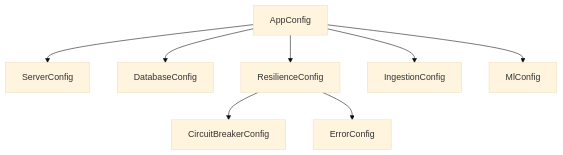
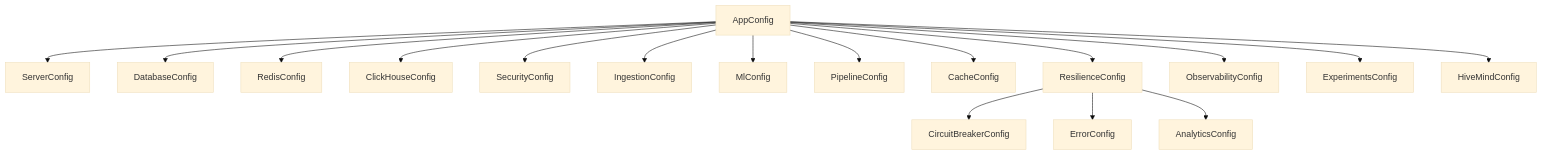
One commit to adiozdaniel/bongas-ai changed the diagram in src/config/types/README.md. Above: the diagram before and after it, drawn with Mermaid (base theme). The commit also changed 6 other files, not shown here.

First line of the commit message:
refactor(config): expand ML observability

````diff
--- a/src/config/types/README.md
+++ b/src/config/types/README.md
@@ -9,11 +9,20 @@
 ```mermaid
 graph TD
     App[AppConfig] --> S[ServerConfig]
     App --> D[DatabaseConfig]
-    App --> R[ResilienceConfig]
+    App --> Redis[RedisConfig]
+    App --> CH[ClickHouseConfig]
+    App --> Sec[SecurityConfig]
     App --> I[IngestionConfig]
     App --> M[MlConfig]
+    App --> P[PipelineConfig]
+    App --> C[CacheConfig]
+    App --> R[ResilienceConfig]
+    App --> Obs[ObservabilityConfig]
+    App --> Exp[ExperimentsConfig]
+    App --> HM[HiveMindConfig]
     
     R --> CB[CircuitBreakerConfig]
     R --> E[ErrorConfig]
+    R --> A[AnalyticsConfig]
 ```
````
